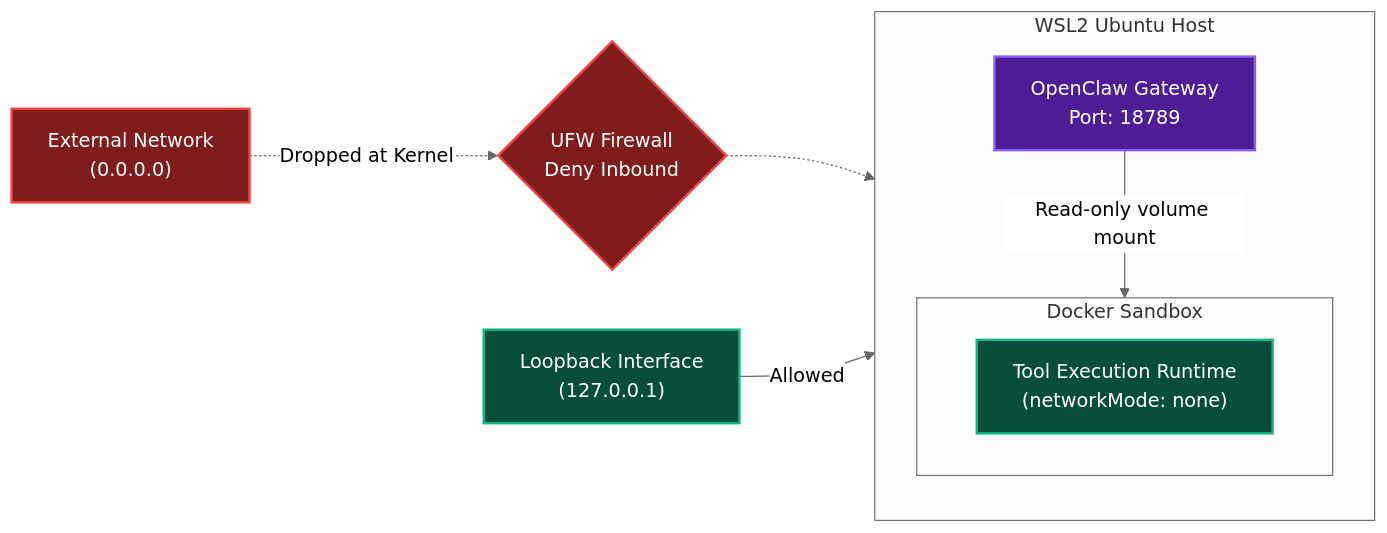
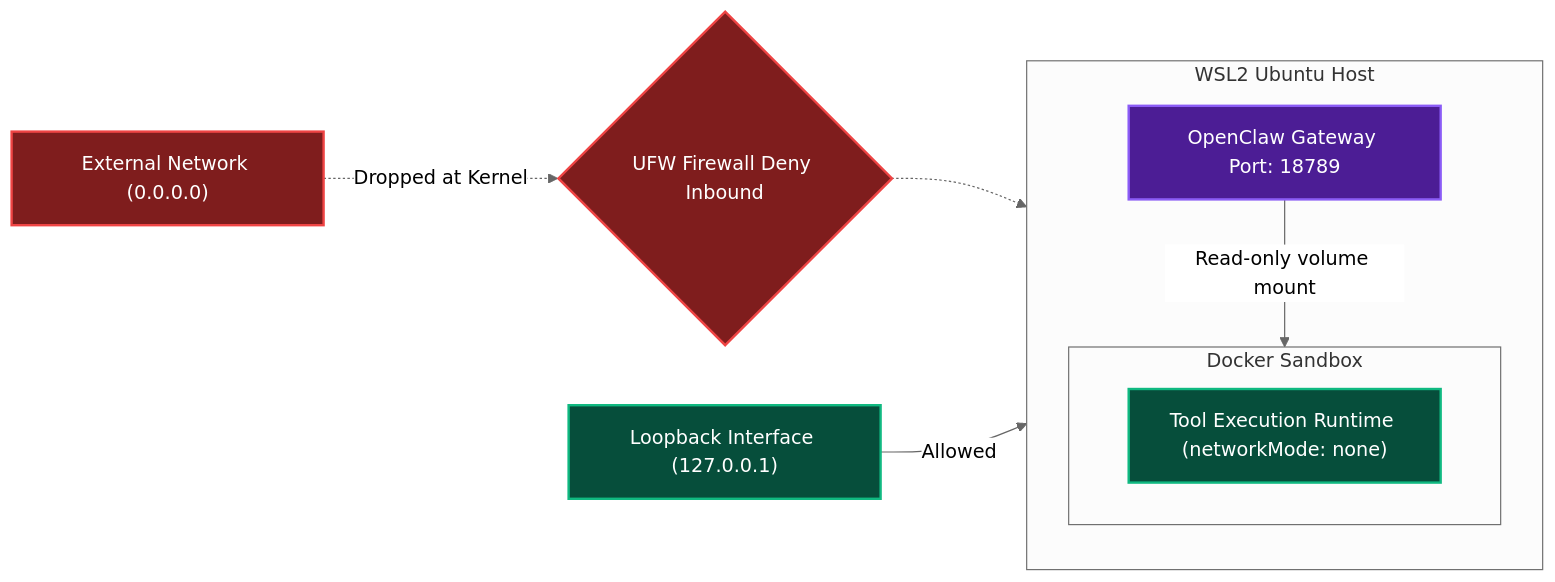
One commit to vishal8shah/openclaw-personal-ai-agent changed the third of 3 diagrams in docs-site/docs/security.md. Above: the diagram before and after it, drawn with Mermaid (neutral theme). The commit also changed other lines of this file, not shown here.

Commit message:
docs(diagram): fix layer numbering L7=DNS L8=Sandbox and add layer tags to doc parts

````diff
--- a/docs-site/docs/security.md
+++ b/docs-site/docs/security.md
@@ -279,24 +237,24 @@
 ```mermaid
 graph LR
     classDef block fill:#7f1d1d,stroke:#ef4444,stroke-width:2px,color:#fff;
     classDef allow fill:#064e3b,stroke:#10b981,stroke-width:2px,color:#fff;
     classDef core fill:#4c1d95,stroke:#8b5cf6,stroke-width:2px,color:#fff;
 
-    Ext["External Network<br/>(0.0.0.0)"]:::block
-    UFW{"UFW Firewall<br/>Deny Inbound"}:::block
-    Loop["Loopback Interface<br/>(127.0.0.1)"]:::allow
+    Ext["External Network (0.0.0.0)"]:::block
+    UFW{"UFW Firewall Deny Inbound"}:::block
+    Loop["Loopback Interface (127.0.0.1)"]:::allow
 
     subgraph WSL2 ["WSL2 Ubuntu Host"]
         direction TB
-        GW["OpenClaw Gateway<br/>Port: 18789"]:::core
+        GW["OpenClaw Gateway Port: 18789"]:::core
         subgraph Sandbox ["Docker Sandbox"]
             direction LR
-            Tools["Tool Execution Runtime<br/>(networkMode: none)"]:::allow
+            Tools["Tool Execution Runtime (networkMode: none)"]:::allow
         end
     end
 
     Ext -.->|Dropped at Kernel| UFW
     UFW -.-> GW
     Loop -->|Allowed| GW
     GW -->|Read-only volume mount| Tools
 ```
````
